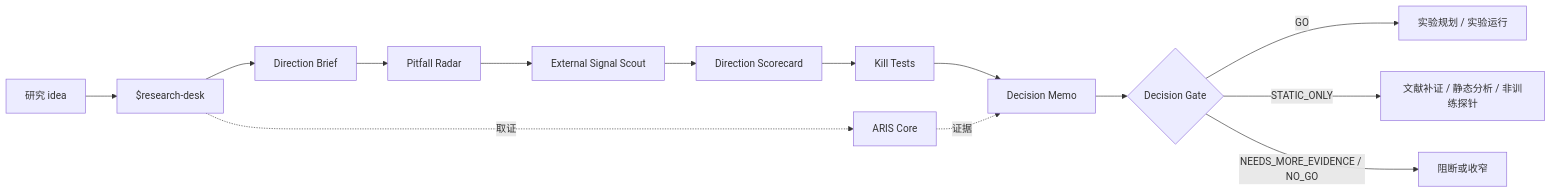
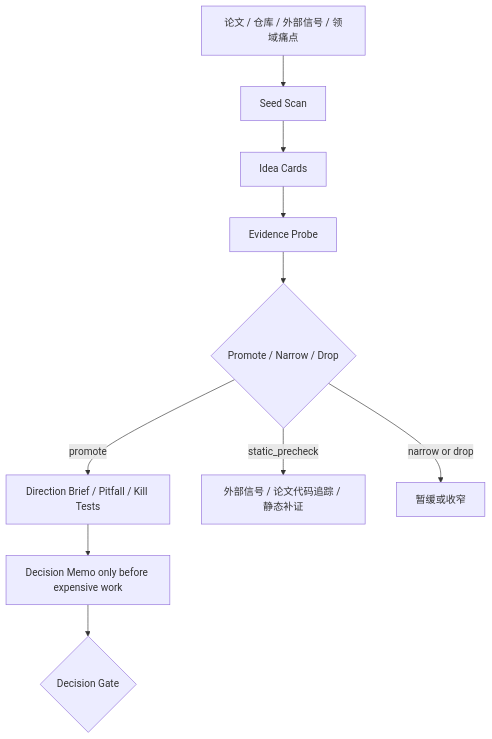
Before and after one commit to Eternite-0/CodexResearchDesk: the diagram in README.md, drawn with Mermaid. The commit also changed other lines of this file and 17 other files, not shown here.

Commit message:
Expand research desk docs for idea-sprint and paper-code flow

````diff
--- a/README.md
+++ b/README.md
@@ -52,16 +49,12 @@
 ```mermaid
-flowchart LR
-    A["研究 idea"] --> B["$research-desk"]
-    B --> C["Direction Brief"]
-    C --> D["Pitfall Radar"]
-    D --> E["External Signal Scout"]
-    E --> F["Direction Scorecard"]
-    F --> G["Kill Tests"]
-    G --> H["Decision Memo"]
-    H --> I{"Decision Gate"}
-    B -.取证.-> J["ARIS Core"]
-    J -.证据.-> H
-    I -->|GO| K["实验规划 / 实验运行"]
-    I -->|STATIC_ONLY| L["文献补证 / 静态分析 / 非训练探针"]
-    I -->|NEEDS_MORE_EVIDENCE / NO_GO| M["阻断或收窄"]
+flowchart TD
+    A["论文 / 仓库 / 外部信号 / 领域痛点"] --> B["Seed Scan"]
+    B --> C["Idea Cards"]
+    C --> D["Evidence Probe"]
+    D --> E{"Promote / Narrow / Drop"}
+    E -->|promote| F["Direction Brief / Pitfall / Kill Tests"]
+    E -->|static_precheck| G["外部信号 / 论文代码追踪 / 静态补证"]
+    E -->|narrow or drop| H["暂缓或收窄"]
+    F --> I["Decision Memo only before expensive work"]
+    I --> J{"Decision Gate"}
 ```
````
